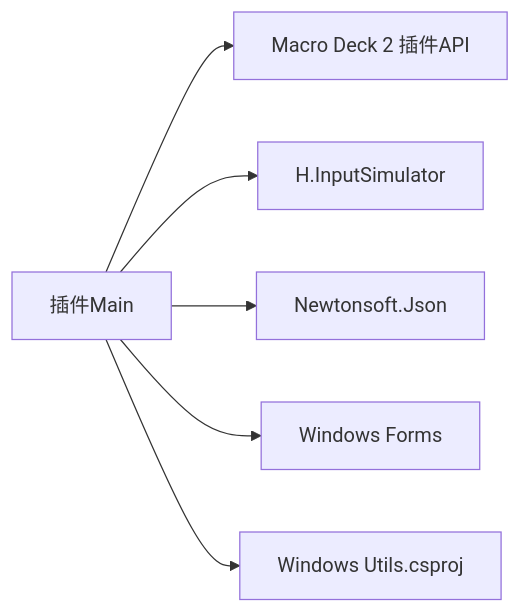
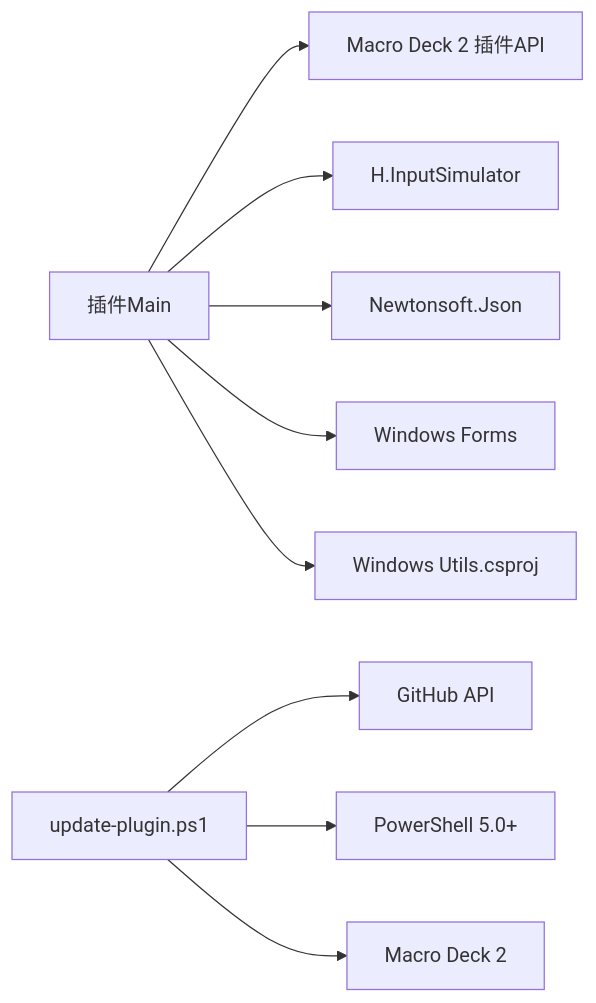
Before and after one commit to tea4go/Macro-Deck-Windows-Utils-Plugin: the sixth of 6 diagrams in .qoder/repowiki/zh/content/故障排除.md, drawn with Mermaid. The commit also changed other lines of this file and 15 other files, not shown here.

````diff
--- a/.qoder/repowiki/zh/content/故障排除.md
+++ b/.qoder/repowiki/zh/content/故障排除.md
@@ -225,8 +239,11 @@
 ```mermaid
 graph LR
 P["插件Main"] --> API["Macro Deck 2 插件API"]
 P --> SIM["H.InputSimulator"]
 P --> JSON["Newtonsoft.Json"]
 P --> WF["Windows Forms"]
 P --> PRJ["Windows Utils.csproj"]
+U["update-plugin.ps1"] --> GH["GitHub API"]
+U --> PS["PowerShell 5.0+"]
+U --> MD["Macro Deck 2"]
 ```
````
